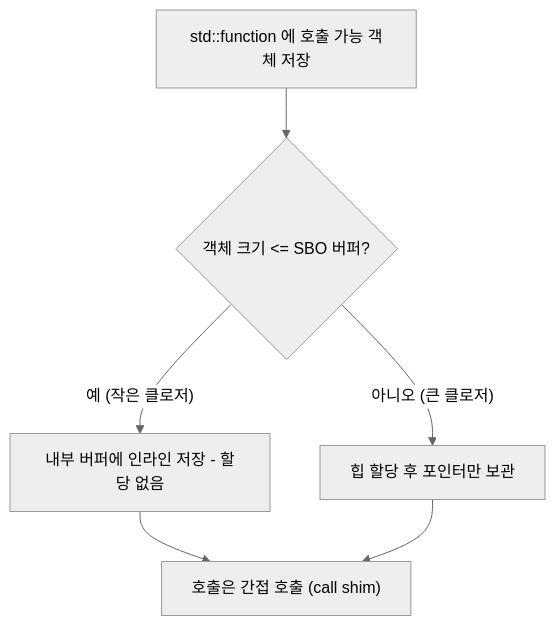
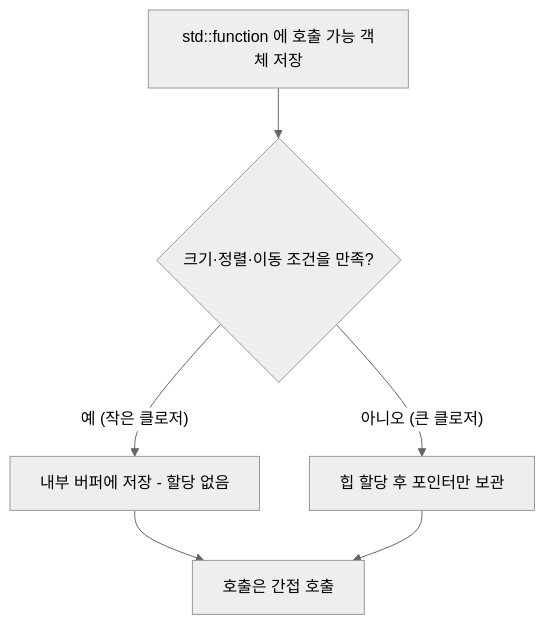
Before and after one commit to 42jerrykim/42jerrykim.github.io: the diagram in content/collection/optimization-02-cpp-language/16-small-buffer-optimization/index.md, drawn with Mermaid (neutral theme). The commit also changed other lines of this file and 1 other file, not shown here.

````diff
--- a/content/collection/optimization-02-cpp-language/16-small-buffer-optimization/index.md
+++ b/content/collection/optimization-02-cpp-language/16-small-buffer-optimization/index.md
@@ -116,8 +74,8 @@
 ```mermaid
 flowchart TD
-    Store["std::function 에 호출 가능 객체 저장"] --> Q{"객체 크기 <= SBO 버퍼?"}
-    Q -->|"예 (작은 클로저)"| Buf["내부 버퍼에 인라인 저장 - 할당 없음"]
+    Store["std::function 에 호출 가능 객체 저장"] --> Q{"크기·정렬·이동 조건을 만족?"}
+    Q -->|"예 (작은 클로저)"| Buf["내부 버퍼에 저장 - 할당 없음"]
     Q -->|"아니오 (큰 클로저)"| Heap["힙 할당 후 포인터만 보관"]
-    Buf --> Call["호출은 간접 호출 (call shim)"]
+    Buf --> Call["호출은 간접 호출"]
     Heap --> Call
 ```
````
